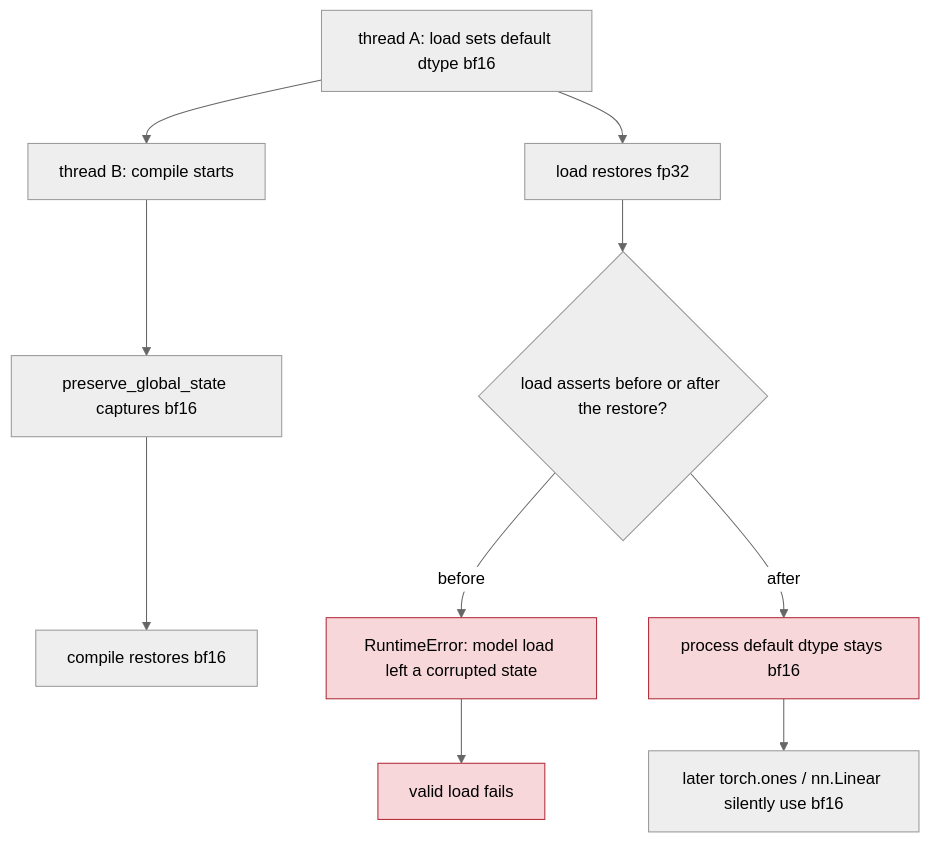
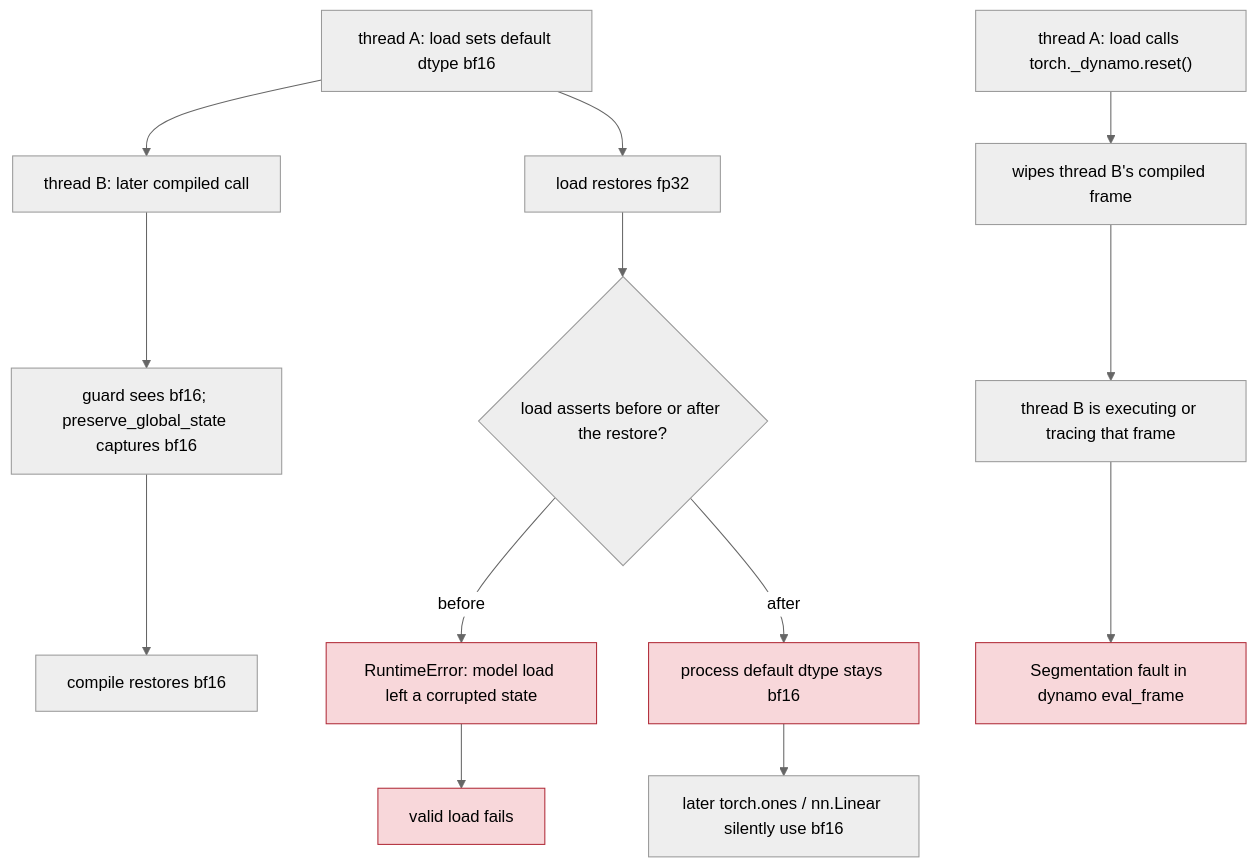
One commit to ModelCloud/GPTQModel changed the second of 4 diagrams in docs/torch-compile-fallback.md. Above: the diagram before and after it, drawn with Mermaid (neutral theme). The commit also changed other lines of this file and 4 other files, not shown here.

First line of the commit message:
fix(compile): serialize every compiled call with model loads (#5209)

````diff
--- a/docs/torch-compile-fallback.md
+++ b/docs/torch-compile-fallback.md
@@ -70,15 +82,20 @@
 ```mermaid
 flowchart TD
-    A["thread A: load sets default dtype bf16"] --> B["thread B: compile starts"]
-    B --> C["preserve_global_state captures bf16"]
+    A["thread A: load sets default dtype bf16"] --> B["thread B: later compiled call"]
+    B --> C["guard sees bf16; preserve_global_state captures bf16"]
     A --> D["load restores fp32"]
     C --> E["compile restores bf16"]
     D --> F{"load asserts before or after the restore?"}
     F -- before --> G["RuntimeError: model load left a corrupted state"]
     F -- after --> H["process default dtype stays bf16"]
     H --> I["later torch.ones / nn.Linear silently use bf16"]
     G --> J["valid load fails"]
+
+    K["thread A: load calls torch._dynamo.reset()"] --> L["wipes thread B's compiled frame"]
+    L --> M["thread B is executing or tracing that frame"]
+    M --> N["Segmentation fault in dynamo eval_frame"]
     style G fill:#f8d7da,stroke:#b02a37
     style H fill:#f8d7da,stroke:#b02a37
     style J fill:#f8d7da,stroke:#b02a37
+    style N fill:#f8d7da,stroke:#b02a37
 ```
````
